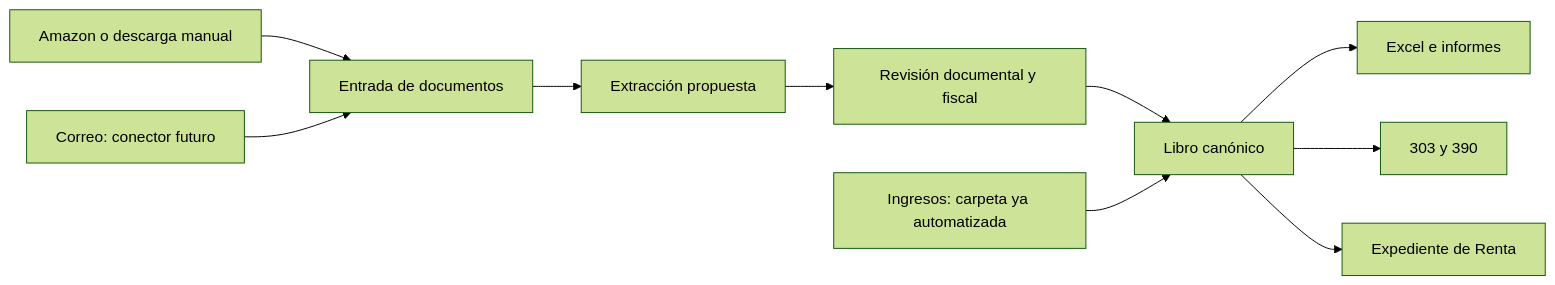
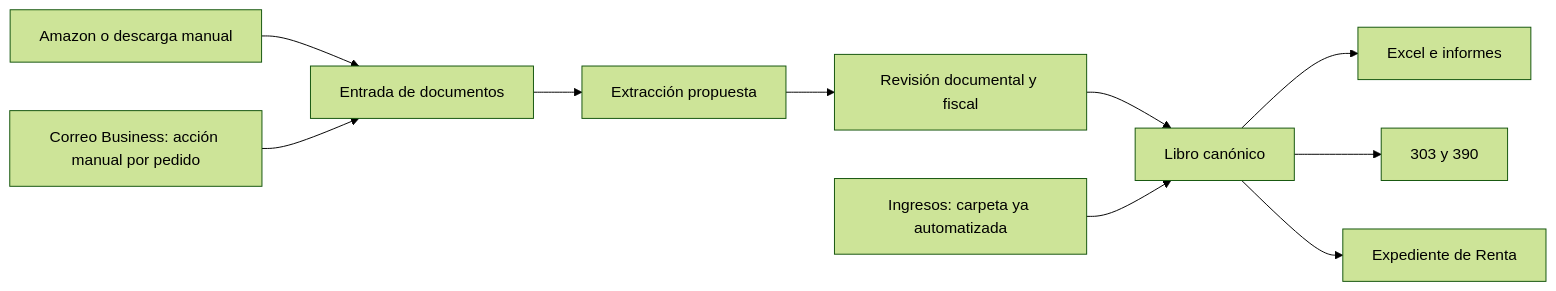
Before and after one commit to avi-work-projects/horas-excelia: the diagram in docs/ACCOUNTING-MODULES.md, drawn with Mermaid (forest theme). The commit also changed other lines of this file and 14 other files, not shown here.

````diff
--- a/docs/ACCOUNTING-MODULES.md
+++ b/docs/ACCOUNTING-MODULES.md
@@ -9,12 +15,12 @@
 ```mermaid
 flowchart LR
     A[Amazon o descarga manual] --> B[Entrada de documentos]
-    C[Correo: conector futuro] --> B
+    C[Correo Business: acción manual por pedido] --> B
     B --> D[Extracción propuesta]
     D --> E[Revisión documental y fiscal]
     E --> F[Libro canónico]
     G[Ingresos: carpeta ya automatizada] --> F
     F --> H[Excel e informes]
     F --> I[303 y 390]
     F --> J[Expediente de Renta]
 ```
````
